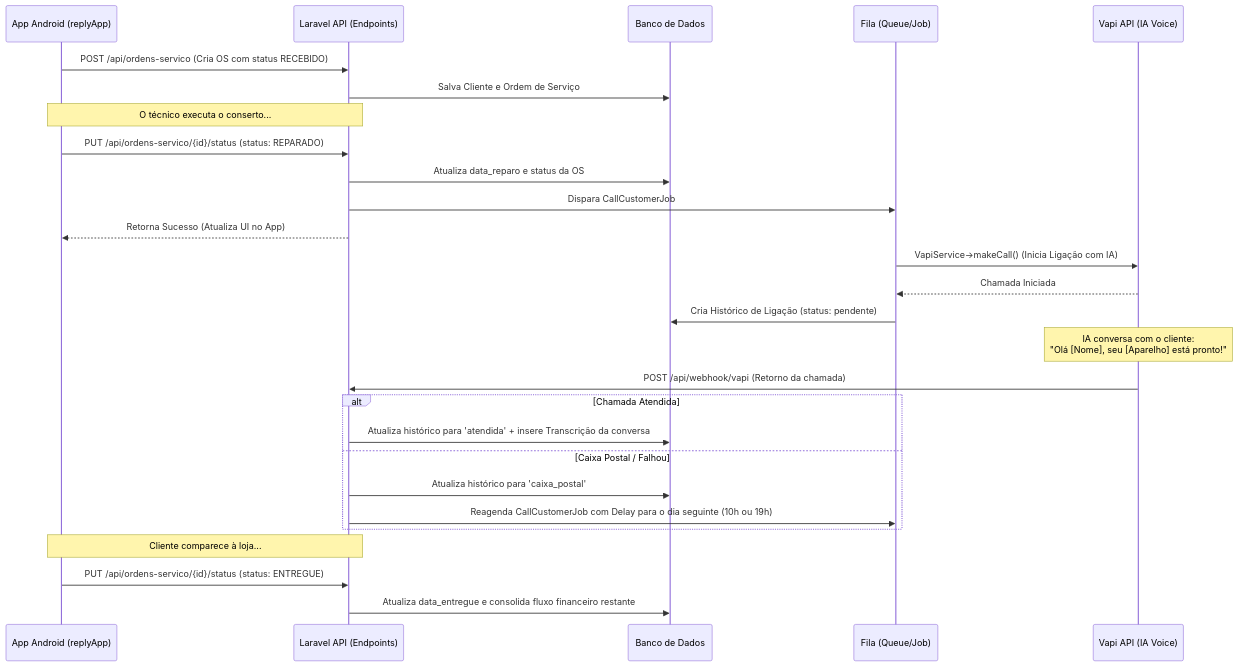
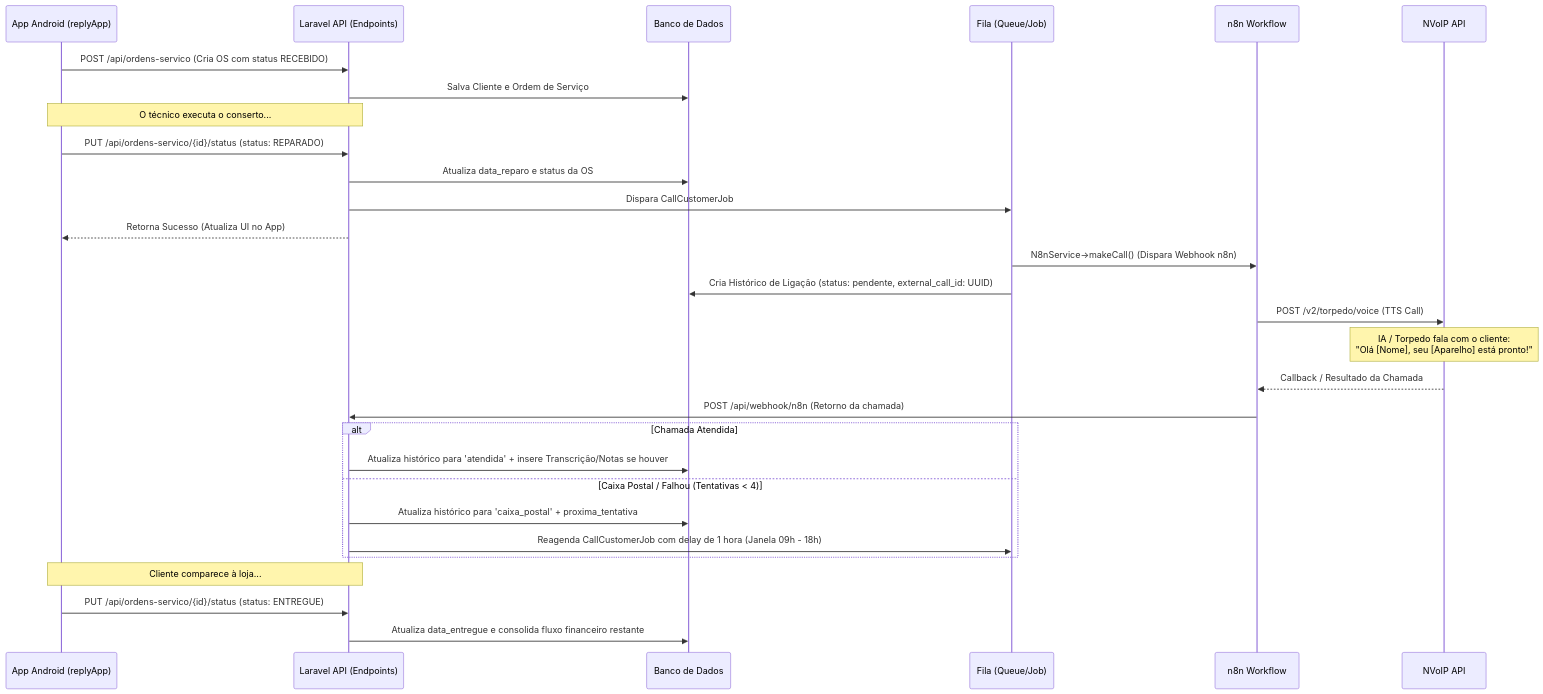
One commit to tohnio/replySys changed the diagram in gemini.md. Above: the diagram before and after it, drawn with Mermaid. The commit also changed other lines of this file and 19 other files, not shown here.

Commit message:
alterado vapi ia para n8n

````diff
--- a/gemini.md
+++ b/gemini.md
@@ -84,36 +85,38 @@
 ```mermaid
 sequenceDiagram
     participant App as App Android (replyApp)
     participant API as Laravel API (Endpoints)
     participant DB as Banco de Dados
     participant Job as Fila (Queue/Job)
-    participant Vapi as Vapi API (IA Voice)
+    participant n8n as n8n Workflow
+    participant NVoIP as NVoIP API
     
     App->>API: POST /api/ordens-servico (Cria OS com status RECEBIDO)
     API->>DB: Salva Cliente e Ordem de Serviço
     
     Note over App, API: O técnico executa o conserto...
     
     App->>API: PUT /api/ordens-servico/{id}/status (status: REPARADO)
     API->>DB: Atualiza data_reparo e status da OS
     API->>Job: Dispara CallCustomerJob
     API-->>App: Retorna Sucesso (Atualiza UI no App)
     
-    Job->>Vapi: VapiService->makeCall() (Inicia Ligação com IA)
-    Vapi-->>Job: Chamada Iniciada
-    Job->>DB: Cria Histórico de Ligação (status: pendente)
+    Job->>n8n: N8nService->makeCall() (Dispara Webhook n8n)
+    Job->>DB: Cria Histórico de Ligação (status: pendente, external_call_id: UUID)
     
-    Note over Vapi: IA conversa com o cliente:<br/>"Olá [Nome], seu [Aparelho] está pronto!"
+    n8n->>NVoIP: POST /v2/torpedo/voice (TTS Call)
+    Note over NVoIP: IA / Torpedo fala com o cliente:<br/>"Olá [Nome], seu [Aparelho] está pronto!"
     
-    Vapi->>API: POST /api/webhook/vapi (Retorno da chamada)
+    NVoIP-->>n8n: Callback / Resultado da Chamada
+    n8n->>API: POST /api/webhook/n8n (Retorno da chamada)
     alt Chamada Atendida
-        API->>DB: Atualiza histórico para 'atendida' + insere Transcrição da conversa
-    else Caixa Postal / Falhou
-        API->>DB: Atualiza histórico para 'caixa_postal'
-        API->>Job: Reagenda CallCustomerJob com Delay para o dia seguinte (10h ou 19h)
+        API->>DB: Atualiza histórico para 'atendida' + insere Transcrição/Notas se houver
+    else Caixa Postal / Falhou (Tentativas < 4)
+        API->>DB: Atualiza histórico para 'caixa_postal' + proxima_tentativa
+        API->>Job: Reagenda CallCustomerJob com delay de 1 hora (Janela 09h - 18h)
     end
     
     Note over App, API: Cliente comparece à loja...
     App->>API: PUT /api/ordens-servico/{id}/status (status: ENTREGUE)
     API->>DB: Atualiza data_entregue e consolida fluxo financeiro restante
 ```
````
